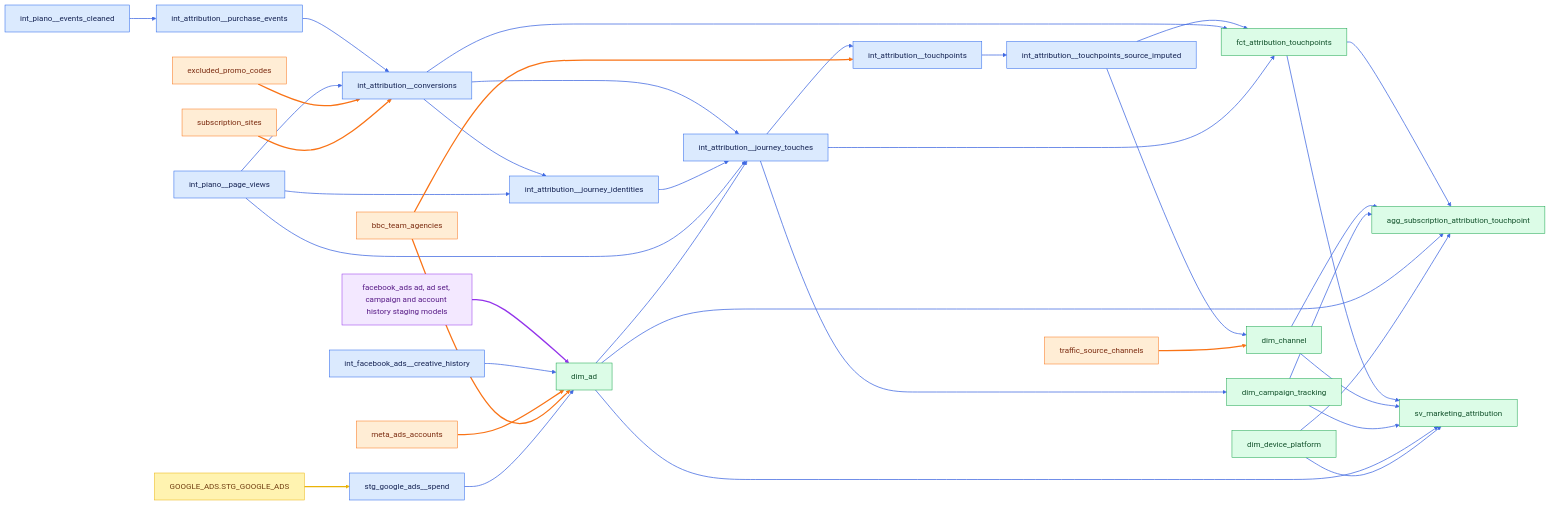
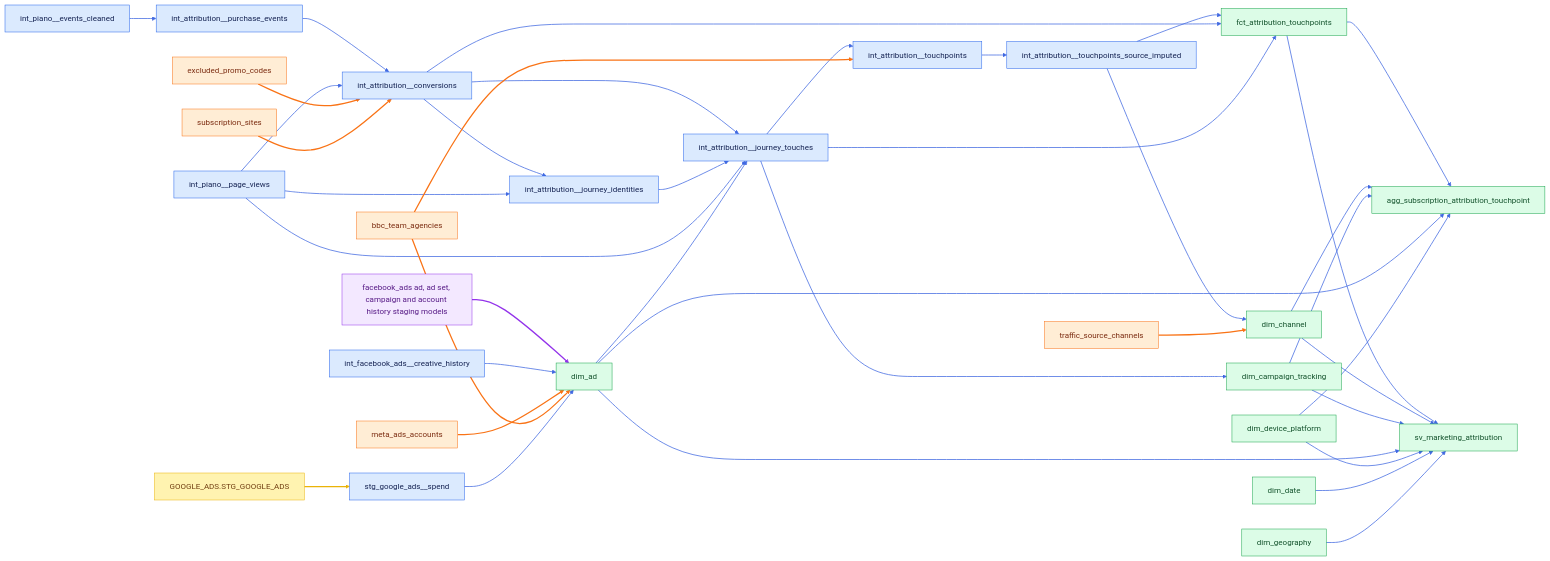
Before and after one commit to angelatanbbc/angela_bbc: the sixth of 9 diagrams in docs/lineage.md, drawn with Mermaid. The commit also changed other lines of this file and 2 other files, not shown here.

Commit message:
Aligned sv_marketing_attribution with the sv_bbc_com conventions

````diff
--- a/docs/lineage.md
+++ b/docs/lineage.md
@@ -191,46 +191,48 @@
 ```mermaid
 graph LR
     classDef seed fill:#ffedd5,stroke:#f97316,color:#7c2d12
     classDef model fill:#dbeafe,stroke:#2563eb,color:#172554
     classDef mart fill:#dcfce7,stroke:#16a34a,color:#14532d
     classDef package fill:#f3e8ff,stroke:#9333ea,color:#581c87
     classDef source fill:#fff3b0,stroke:#eab308,color:#713f12
     purchases["int_attribution__purchase_events"]:::model --> conversions["int_attribution__conversions"]:::model
     page_views["int_piano__page_views"]:::model --> conversions
     promo_codes["excluded_promo_codes"]:::seed --> conversions
     sites["subscription_sites"]:::seed --> conversions
     conversions --> identities["int_attribution__journey_identities"]:::model
     page_views --> identities
     conversions --> touches["int_attribution__journey_touches"]:::model
     identities --> touches
     page_views --> touches
     fb_history["facebook_ads ad, ad set, campaign and account history staging models"]:::package --> ad["dim_ad"]:::mart
     creative["int_facebook_ads__creative_history"]:::model --> ad
     accounts["meta_ads_accounts"]:::seed --> ad
     agencies["bbc_team_agencies"]:::seed --> ad
     ad --> touches
     touches --> touchpoints["int_attribution__touchpoints"]:::model --> imputed["int_attribution__touchpoints_source_imputed"]:::model
     agencies --> touchpoints
     imputed --> channel["dim_channel"]:::mart
     channels_seed["traffic_source_channels"]:::seed --> channel
     touches --> tracking["dim_campaign_tracking"]:::mart
     imputed --> fact["fct_attribution_touchpoints"]:::mart
     conversions --> fact
     touches --> fact
     fact --> agg["agg_subscription_attribution_touchpoint"]:::mart
     channel --> agg
     tracking --> agg
     ad --> agg
     device["dim_device_platform"]:::mart --> agg
     fact --> sv["sv_marketing_attribution"]:::mart
     channel --> sv
     tracking --> sv
     ad --> sv
     device --> sv
     google["GOOGLE_ADS.STG_GOOGLE_ADS"]:::source --> google_stg["stg_google_ads__spend"]:::model --> ad
     cleaned["int_piano__events_cleaned"]:::model --> purchases
-    linkStyle 0,1,4,5,6,7,8,10,13,14,15,17,19,20,21,22,23,24,25,26,27,28,29,30,31,32,34,35 stroke:#4169e1,stroke-width:1.5px
+    dates["dim_date"]:::mart --> sv
+    geography["dim_geography"]:::mart --> sv
+    linkStyle 0,1,4,5,6,7,8,10,13,14,15,17,19,20,21,22,23,24,25,26,27,28,29,30,31,32,34,35,36,37 stroke:#4169e1,stroke-width:1.5px
     linkStyle 2,3,11,12,16,18 stroke:#f97316,stroke-width:2.5px
     linkStyle 9 stroke:#9333ea,stroke-width:2.5px
     linkStyle 33 stroke:#eab308,stroke-width:2.5px
 ```
````
